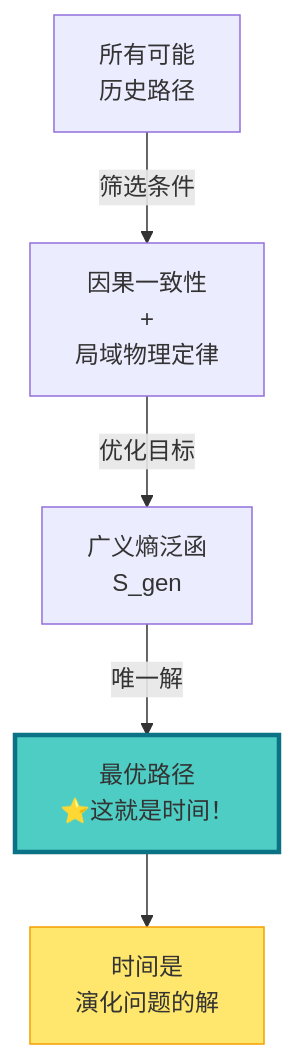
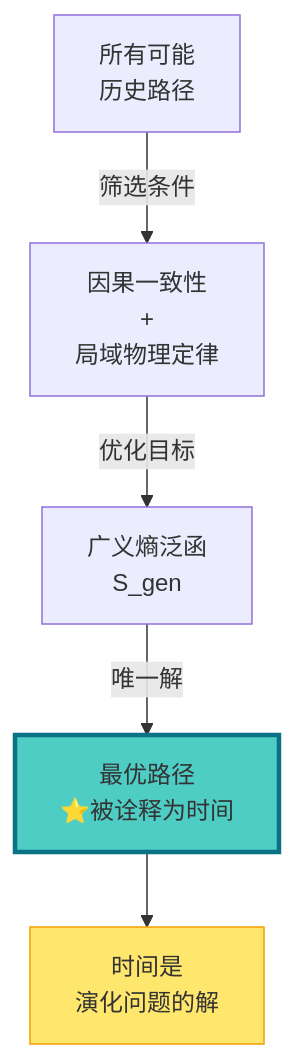
One commit to loning/zeckendorf-hilbert changed the third of 13 diagrams in docs/euler-article/gls-union/05-unified-time/08-time-as-entropy.md. Above: the diagram before and after it, drawn with Mermaid. The commit also changed other lines of this file and 111 other files, not shown here.

````diff
--- a/docs/euler-article/gls-union/05-unified-time/08-time-as-entropy.md
+++ b/docs/euler-article/gls-union/05-unified-time/08-time-as-entropy.md
@@ -61,11 +61,11 @@
 ```mermaid
 graph TD
     A["所有可能<br/>历史路径"] -->|筛选条件| B["因果一致性<br/>+<br/>局域物理定律"]
     B -->|优化目标| C["广义熵泛函<br/>S_gen"]
-    C -->|唯一解| D["最优路径<br/>⭐这就是时间！"]
+    C -->|唯一解| D["最优路径<br/>⭐被诠释为时间"]
 
     D --> E["时间是<br/>演化问题的解"]
 
     style D fill:#4ecdc4,stroke:#0b7285,stroke-width:3px
     style E fill:#ffe66d,stroke:#f59f00
 ```
````
